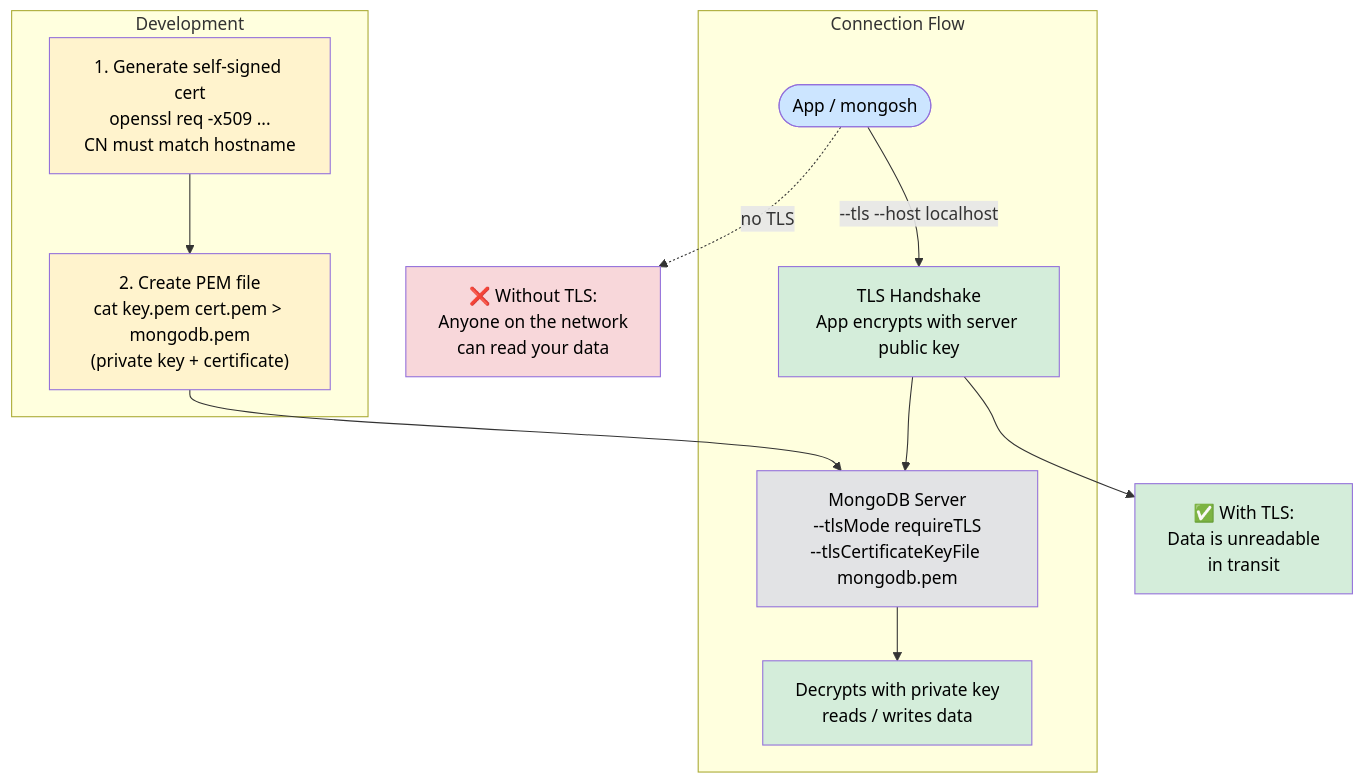
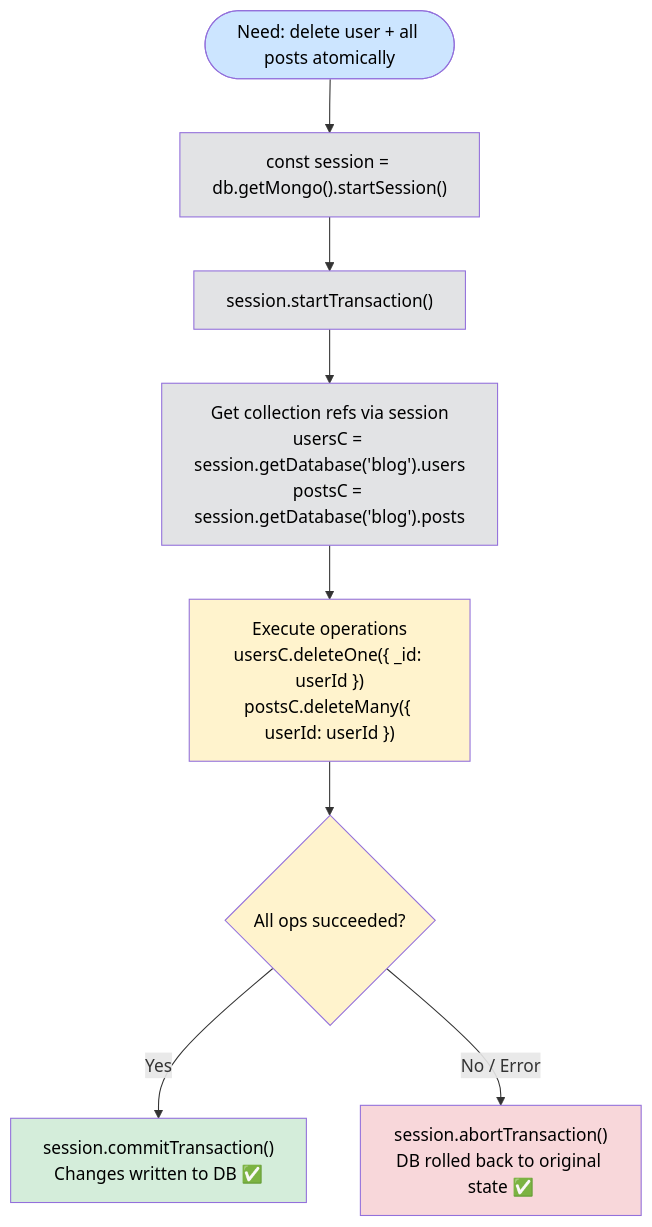
One commit to PrashantMudhiraj/JSAdv changed diagram 36 of 36 in mongodb/mongodb.md. Above: the diagram before and after it, drawn with Mermaid. The commit also changed other lines of this file, not shown here.

````diff
--- a/mongodb/mongodb.md
+++ b/mongodb/mongodb.md
@@ -13291,35 +13894,24 @@
 ```mermaid
 flowchart TD
-    subgraph Development
-        CERT["1. Generate self-signed cert<br/>openssl req -x509 ...<br/>CN must match hostname"]
-        PEM["2. Create PEM file<br/>cat key.pem cert.pem > mongodb.pem<br/>(private key + certificate)"]
-        CERT --> PEM
-    end
+    NEED(["Need: delete user + all posts atomically"])
+    SESSION["const session = db.getMongo().startSession()"]
+    TXSTART["session.startTransaction()"]
+    GETCOL["Get collection refs via session<br/>usersC = session.getDatabase('blog').users<br/>postsC = session.getDatabase('blog').posts"]
+    OPS["Execute operations<br/>usersC.deleteOne({ _id: userId })<br/>postsC.deleteMany({ userId: userId })"]
+    CHECK{"All ops succeeded?"}
+    COMMIT["session.commitTransaction()<br/>Changes written to DB ✅"]
+    ABORT["session.abortTransaction()<br/>DB rolled back to original state ✅"]
 
-    subgraph Connection Flow
-        APP(["App / mongosh"])
-        TLS["TLS Handshake<br/>App encrypts with server public key"]
-        SRV["MongoDB Server<br/>--tlsMode requireTLS<br/>--tlsCertificateKeyFile mongodb.pem"]
-        DEC["Decrypts with private key<br/>reads / writes data"]
-        APP -->|"--tls --host localhost"| TLS
-        TLS --> SRV
-        SRV --> DEC
-    end
+    NEED --> SESSION --> TXSTART --> GETCOL --> OPS --> CHECK
+    CHECK -->|"Yes"| COMMIT
+    CHECK -->|"No / Error"| ABORT
 
-    PEM --> SRV
-
-    SNIFF["❌ Without TLS:<br/>Anyone on the network<br/>can read your data"]
-    SAFE["✅ With TLS:<br/>Data is unreadable<br/>in transit"]
-
-    TLS --> SAFE
-    APP -.->|no TLS| SNIFF
-
-    style APP fill:#cce5ff,color:#000
-    style TLS fill:#d4edda,color:#000
-    style SRV fill:#e2e3e5,color:#000
-    style DEC fill:#d4edda,color:#000
-    style CERT fill:#fff3cd,color:#000
-    style PEM fill:#fff3cd,color:#000
-    style SNIFF fill:#f8d7da,color:#000
-    style SAFE fill:#d4edda,color:#000
+    style NEED fill:#cce5ff,color:#000
+    style SESSION fill:#e2e3e5,color:#000
+    style TXSTART fill:#e2e3e5,color:#000
+    style GETCOL fill:#e2e3e5,color:#000
+    style OPS fill:#fff3cd,color:#000
+    style CHECK fill:#fff3cd,color:#000
+    style COMMIT fill:#d4edda,color:#000
+    style ABORT fill:#f8d7da,color:#000
 ```
````
